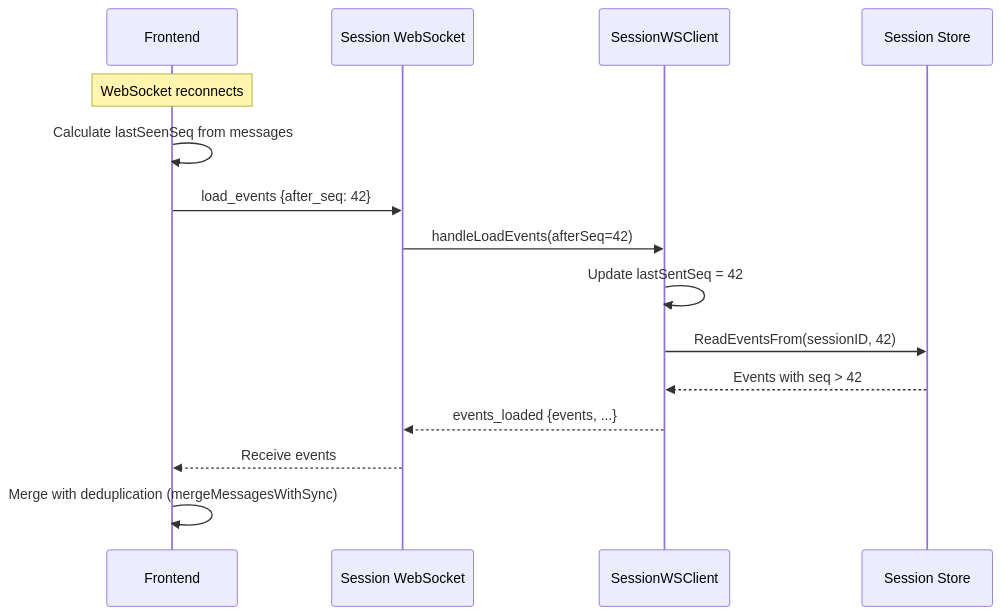
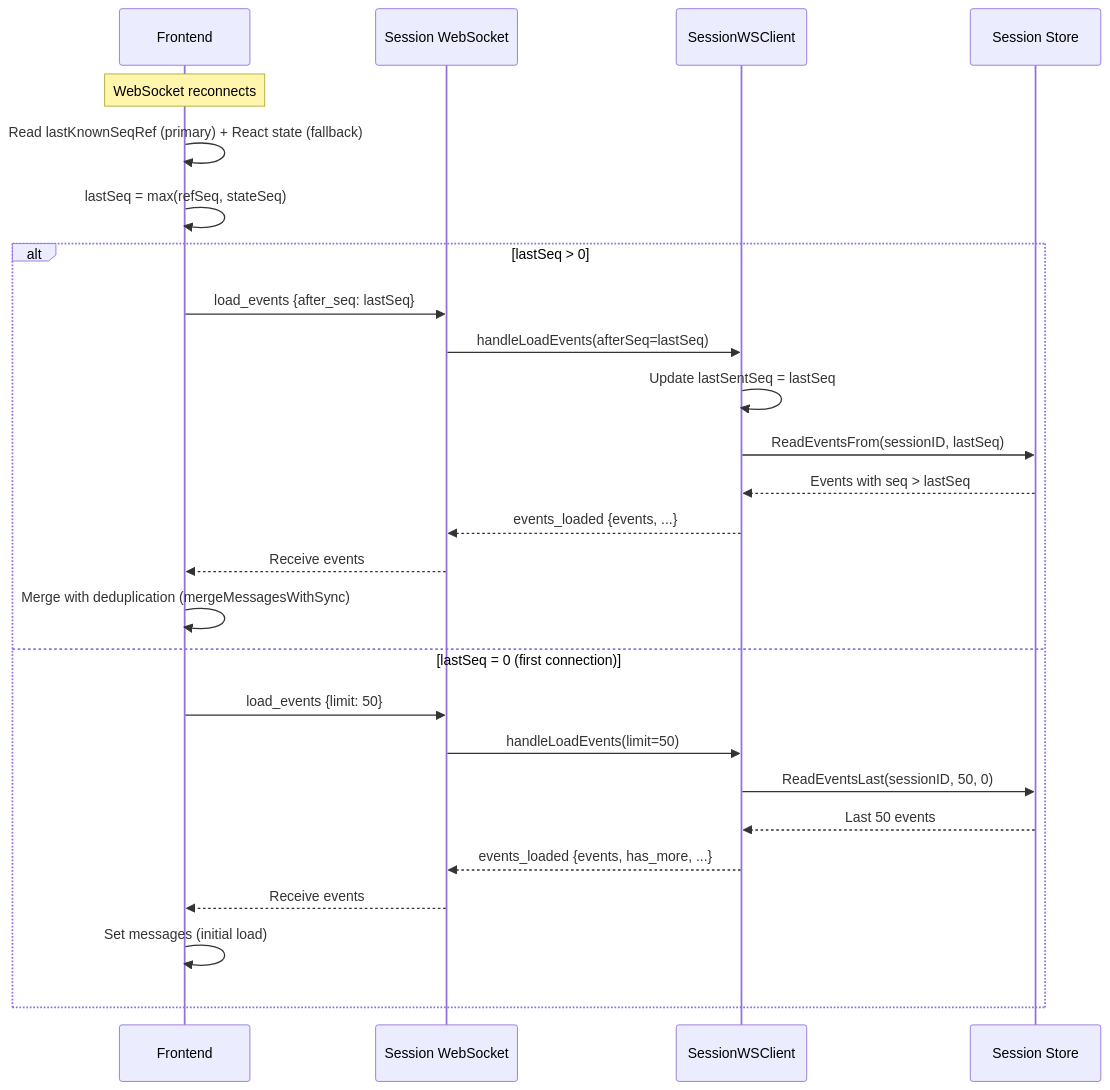
One commit to inercia/mitto changed the third of 5 diagrams in docs/devel/websockets/synchronization.md. Above: the diagram before and after it, drawn with Mermaid. The commit also changed other lines of this file and 9 other files, not shown here.

````diff
--- a/docs/devel/websockets/synchronization.md
+++ b/docs/devel/websockets/synchronization.md
@@ -106,18 +106,29 @@
 ```mermaid
 sequenceDiagram
     participant Client as Frontend
     participant WS as Session WebSocket
     participant Handler as SessionWSClient
     participant Store as Session Store
 
     Note over Client: WebSocket reconnects
-    Client->>Client: Calculate lastSeenSeq from messages
-    Client->>WS: load_events {after_seq: 42}
-    WS->>Handler: handleLoadEvents(afterSeq=42)
-    Handler->>Handler: Update lastSentSeq = 42
-    Handler->>Store: ReadEventsFrom(sessionID, 42)
-    Store-->>Handler: Events with seq > 42
-    Handler-->>WS: events_loaded {events, ...}
-    WS-->>Client: Receive events
-    Client->>Client: Merge with deduplication (mergeMessagesWithSync)
+    Client->>Client: Read lastKnownSeqRef (primary) + React state (fallback)
+    Client->>Client: lastSeq = max(refSeq, stateSeq)
+    alt lastSeq > 0
+        Client->>WS: load_events {after_seq: lastSeq}
+        WS->>Handler: handleLoadEvents(afterSeq=lastSeq)
+        Handler->>Handler: Update lastSentSeq = lastSeq
+        Handler->>Store: ReadEventsFrom(sessionID, lastSeq)
+        Store-->>Handler: Events with seq > lastSeq
+        Handler-->>WS: events_loaded {events, ...}
+        WS-->>Client: Receive events
+        Client->>Client: Merge with deduplication (mergeMessagesWithSync)
+    else lastSeq = 0 (first connection)
+        Client->>WS: load_events {limit: 50}
+        WS->>Handler: handleLoadEvents(limit=50)
+        Handler->>Store: ReadEventsLast(sessionID, 50, 0)
+        Store-->>Handler: Last 50 events
+        Handler-->>WS: events_loaded {events, has_more, ...}
+        WS-->>Client: Receive events
+        Client->>Client: Set messages (initial load)
+    end
 ```
````
